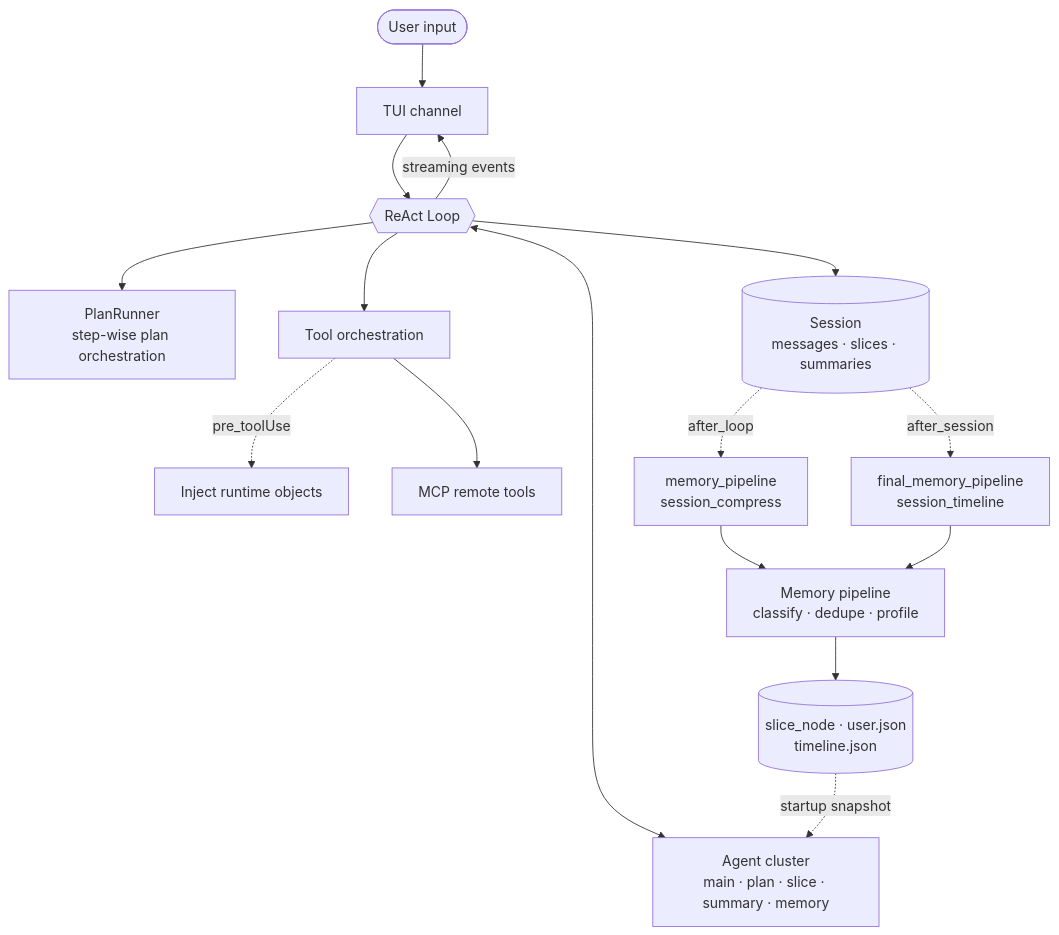
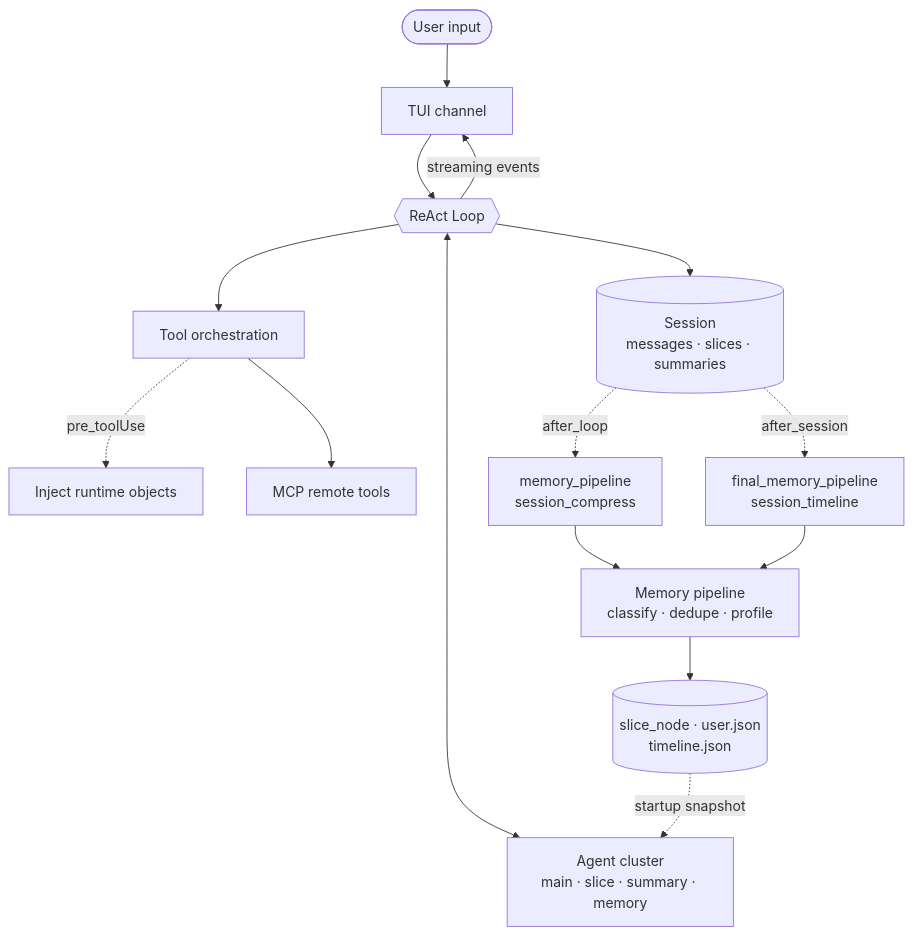
One commit to Alear030/Alear030 changed the first of 2 diagrams in README.en.md. Above: the diagram before and after it, drawn with Mermaid. The commit also changed other lines of this file and 40 other files, not shown here.

````diff
--- a/README.en.md
+++ b/README.en.md
@@ -96,18 +96,17 @@
 ```mermaid
 flowchart TB
     U([User input]) --> TUI[TUI channel]
     TUI --> LOOP{{ReAct Loop}}
-    LOOP <--> AG[Agent cluster<br/>main · plan · slice · summary · memory]
-    LOOP --> PR[PlanRunner<br/>step-wise plan orchestration]
+    LOOP <--> AG[Agent cluster<br/>main · slice · summary · memory]
     LOOP --> TL[Tool orchestration]
     TL -. pre_toolUse .-> INJ[Inject runtime objects]
     TL --> MCP[MCP remote tools]
     LOOP --> SE[(Session<br/>messages · slices · summaries)]
     SE -. after_loop .-> H1[memory_pipeline<br/>session_compress]
     SE -. after_session .-> H2[final_memory_pipeline<br/>session_timeline]
     H1 --> MEM[Memory pipeline<br/>classify · dedupe · profile]
     H2 --> MEM
     MEM --> ST[(slice_node · user.json<br/>timeline.json)]
     ST -. startup snapshot .-> AG
     LOOP -->|streaming events| TUI
 ```
````
